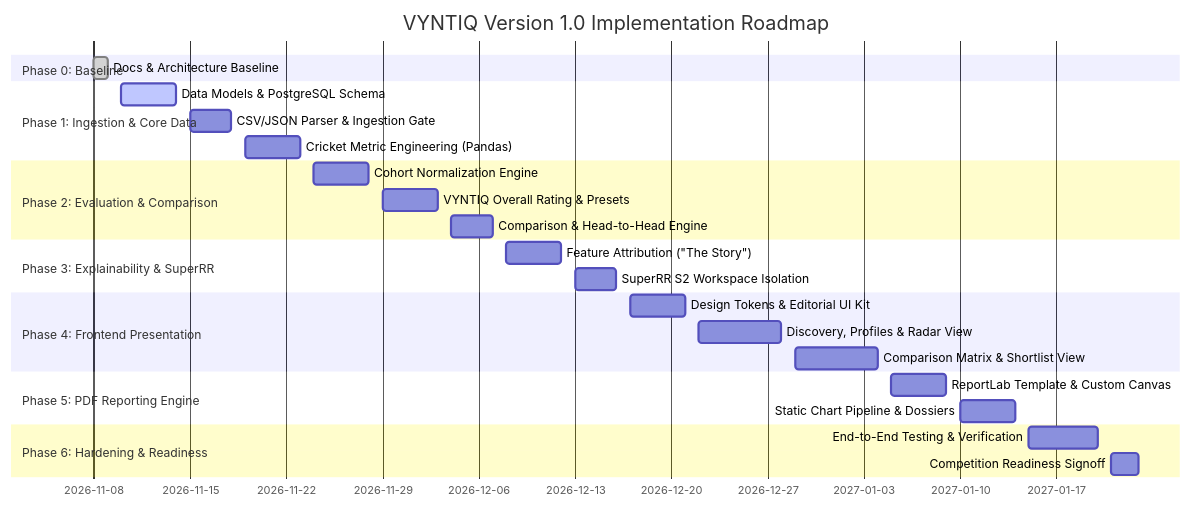
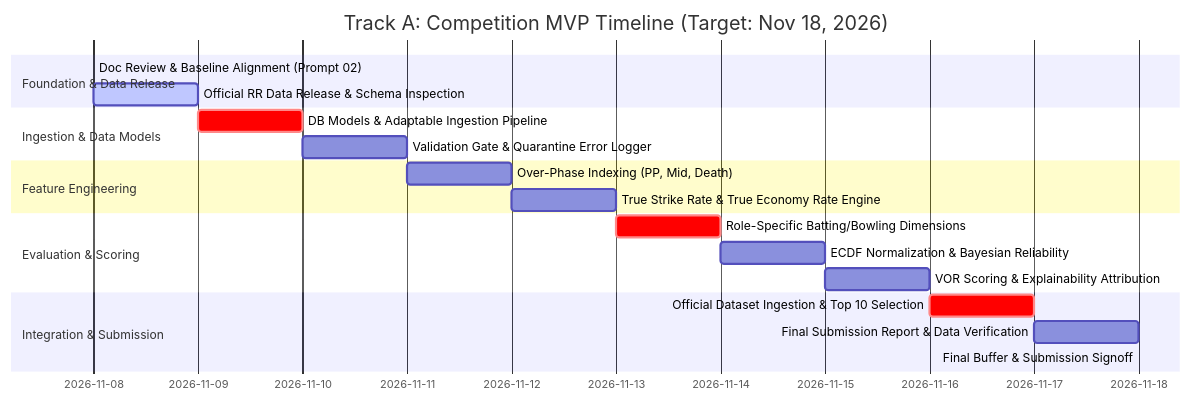
Before and after one commit to yaashrane/VYNTIQ-Sports-Intelligence: the first of 2 diagrams in docs/DEVELOPMENT_ROADMAP.md, drawn with Mermaid. The commit also changed other lines of this file and 9 other files, not shown here.

Commit message:
docs: complete rigorous architecture review and competition MVP alignment

````diff
--- a/docs/DEVELOPMENT_ROADMAP.md
+++ b/docs/DEVELOPMENT_ROADMAP.md
@@ -14,28 +19,22 @@
 ```mermaid
 gantt
-    title VYNTIQ Version 1.0 Implementation Roadmap
+    title Track A: Competition MVP Timeline (Target: Nov 18, 2026)
     dateFormat  YYYY-MM-DD
-    section Phase 0: Baseline
-    Docs & Architecture Baseline       :done,    p0, 2026-11-08, 2026-11-09
-    section Phase 1: Ingestion & Core Data
-    Data Models & PostgreSQL Schema    :active,  p1a, 2026-11-10, 2026-11-14
-    CSV/JSON Parser & Ingestion Gate   :         p1b, 2026-11-15, 2026-11-18
-    Cricket Metric Engineering (Pandas):         p1c, 2026-11-19, 2026-11-23
-    section Phase 2: Evaluation & Comparison
-    Cohort Normalization Engine        :         p2a, 2026-11-24, 2026-11-28
-    VYNTIQ Overall Rating & Presets    :         p2b, 2026-11-29, 2026-12-03
-    Comparison & Head-to-Head Engine   :         p2c, 2026-12-04, 2026-12-07
-    section Phase 3: Explainability & SuperRR
-    Feature Attribution ("The Story")  :         p3a, 2026-12-08, 2026-12-12
-    SuperRR S2 Workspace Isolation     :         p3b, 2026-12-13, 2026-12-16
-    section Phase 4: Frontend Presentation
-    Design Tokens & Editorial UI Kit   :         p4a, 2026-12-17, 2026-12-21
-    Discovery, Profiles & Radar View   :         p4b, 2026-12-22, 2026-12-28
-    Comparison Matrix & Shortlist View :         p4c, 2026-12-29, 2027-01-04
-    section Phase 5: PDF Reporting Engine
-    ReportLab Template & Custom Canvas :         p5a, 2027-01-05, 2027-01-09
-    Static Chart Pipeline & Dossiers   :         p5b, 2027-01-10, 2027-01-14
-    section Phase 6: Hardening & Readiness
-    End-to-End Testing & Verification  :         p6a, 2027-01-15, 2027-01-20
-    Competition Readiness Signoff      :         p6b, 2027-01-21, 2027-01-23
+    section Foundation & Data Release
+    Doc Review & Baseline Alignment (Prompt 02) :done, p0, 2026-11-08, 2026-11-08
+    Official RR Data Release & Schema Inspection :active, p1, 2026-11-08, 2026-11-09
+    section Ingestion & Data Models
+    DB Models & Adaptable Ingestion Pipeline    :crit,   p2, 2026-11-09, 2026-11-10
+    Validation Gate & Quarantine Error Logger    :        p3, 2026-11-10, 2026-11-11
+    section Feature Engineering
+    Over-Phase Indexing (PP, Mid, Death)        :        p4, 2026-11-11, 2026-11-12
+    True Strike Rate & True Economy Rate Engine :        p5, 2026-11-12, 2026-11-13
+    section Evaluation & Scoring
+    Role-Specific Batting/Bowling Dimensions    :crit,   p6, 2026-11-13, 2026-11-14
+    ECDF Normalization & Bayesian Reliability   :        p7, 2026-11-14, 2026-11-15
+    VOR Scoring & Explainability Attribution    :        p8, 2026-11-15, 2026-11-16
+    section Integration & Submission
+    Official Dataset Ingestion & Top 10 Selection:crit,  p9, 2026-11-16, 2026-11-17
+    Final Submission Report & Data Verification :        p10, 2026-11-17, 2026-11-18
+    Final Buffer & Submission Signoff           :crit,   p11, 2026-11-18, 2026-11-18
 ```
````
